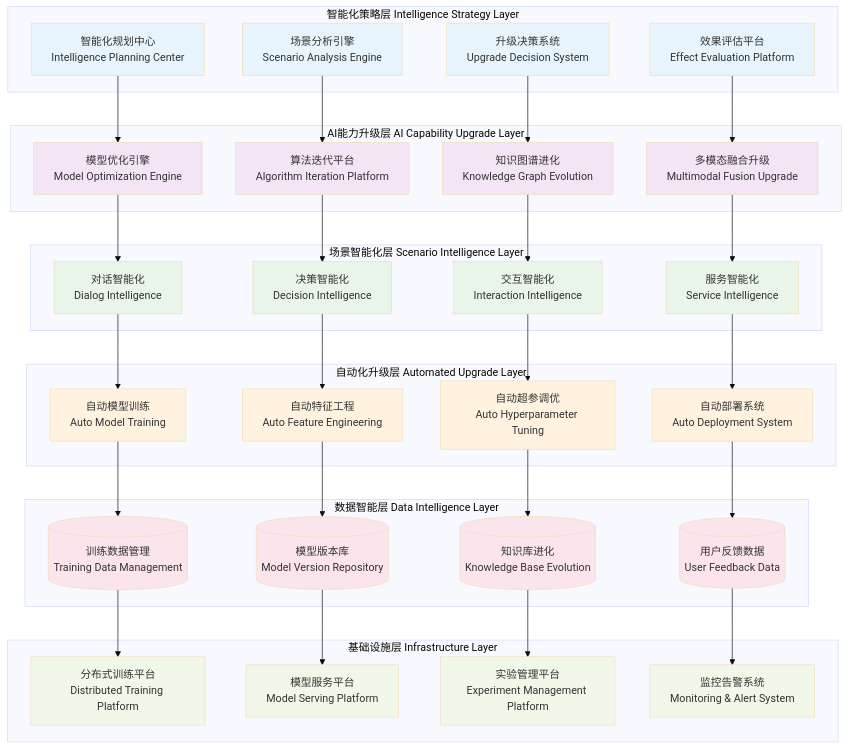
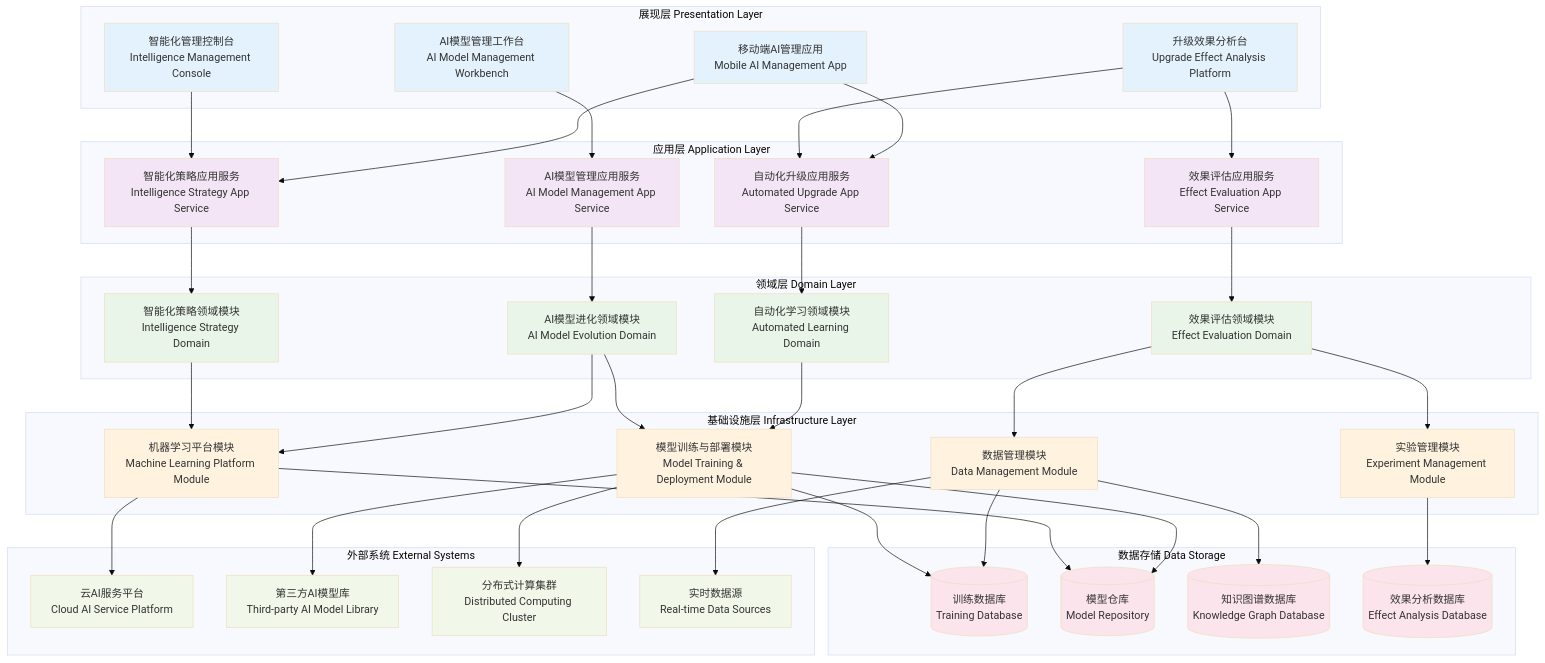
The diagram in 24.2.10_intelligent_upgrade_architecture.md (xsl625/-), drawn with Mermaid (base theme) before and after one commit. The commit also changed other lines of this file and 6 other files, not shown here.

Commit message:
Refactor architecture diagrams with modular layered design approach

````diff
--- a/24.2.10_intelligent_upgrade_architecture.md
+++ b/24.2.10_intelligent_upgrade_architecture.md
@@ -8,94 +8,106 @@
 ```mermaid
 graph TB
-    subgraph "智能化策略层 Intelligence Strategy Layer"
-        A[智能化规划中心<br/>Intelligence Planning Center]
-        B[场景分析引擎<br/>Scenario Analysis Engine]
-        C[升级决策系统<br/>Upgrade Decision System]
-        D[效果评估平台<br/>Effect Evaluation Platform]
+    subgraph "展现层 Presentation Layer"
+        A[智能化管理控制台<br/>Intelligence Management Console]
+        B[AI模型管理工作台<br/>AI Model Management Workbench]
+        C[升级效果分析台<br/>Upgrade Effect Analysis Platform]
+        D[移动端AI管理应用<br/>Mobile AI Management App]
     end
     
-    subgraph "AI能力升级层 AI Capability Upgrade Layer"
-        E[模型优化引擎<br/>Model Optimization Engine]
-        F[算法迭代平台<br/>Algorithm Iteration Platform]
-        G[知识图谱进化<br/>Knowledge Graph Evolution]
-        H[多模态融合升级<br/>Multimodal Fusion Upgrade]
+    subgraph "应用层 Application Layer"
+        E[智能化策略应用服务<br/>Intelligence Strategy App Service]
+        F[AI模型管理应用服务<br/>AI Model Management App Service]
+        G[自动化升级应用服务<br/>Automated Upgrade App Service]
+        H[效果评估应用服务<br/>Effect Evaluation App Service]
     end
     
-    subgraph "场景智能化层 Scenario Intelligence Layer"
-        I[对话智能化<br/>Dialog Intelligence]
-        J[决策智能化<br/>Decision Intelligence]
-        K[交互智能化<br/>Interaction Intelligence]
-        L[服务智能化<br/>Service Intelligence]
-    end
-    
-    subgraph "自动化升级层 Automated Upgrade Layer"
-        M[自动模型训练<br/>Auto Model Training]
-        N[自动特征工程<br/>Auto Feature Engineering]
-        O[自动超参调优<br/>Auto Hyperparameter Tuning]
-        P[自动部署系统<br/>Auto Deployment System]
-    end
-    
-    subgraph "数据智能层 Data Intelligence Layer"
-        Q[(训练数据管理<br/>Training Data Management)]
-        R[(模型版本库<br/>Model Version Repository)]
-        S[(知识库进化<br/>Knowledge Base Evolution)]
-        T[(用户反馈数据<br/>User Feedback Data)]
+    subgraph "领域层 Domain Layer"
+        I[智能化策略领域模块<br/>Intelligence Strategy Domain]
+        J[AI模型进化领域模块<br/>AI Model Evolution Domain]
+        K[自动化学习领域模块<br/>Automated Learning Domain]
+        L[效果评估领域模块<br/>Effect Evaluation Domain]
     end
     
     subgraph "基础设施层 Infrastructure Layer"
-        U[分布式训练平台<br/>Distributed Training Platform]
-        V[模型服务平台<br/>Model Serving Platform]
-        W[实验管理平台<br/>Experiment Management Platform]
-        X[监控告警系统<br/>Monitoring & Alert System]
+        M[机器学习平台模块<br/>Machine Learning Platform Module]
+        N[模型训练与部署模块<br/>Model Training & Deployment Module]
+        O[数据管理模块<br/>Data Management Module]
+        P[实验管理模块<br/>Experiment Management Module]
     end
     
+    subgraph "数据存储 Data Storage"
+        Q[(训练数据库<br/>Training Database)]
+        R[(模型仓库<br/>Model Repository)]
+        S[(知识图谱数据库<br/>Knowledge Graph Database)]
+        T[(效果分析数据库<br/>Effect Analysis Database)]
+    end
+    
+    subgraph "外部系统 External Systems"
+        U[云AI服务平台<br/>Cloud AI Service Platform]
+        V[第三方AI模型库<br/>Third-party AI Model Library]
+        W[分布式计算集群<br/>Distributed Computing Cluster]
+        X[实时数据源<br/>Real-time Data Sources]
+    end
+    
+    %% 展现层到应用层
     A --> E
     B --> F
     C --> G
-    D --> H
+    C --> H
+    D --> E
+    D --> G
     
+    %% 应用层到领域层
     E --> I
     F --> J
     G --> K
     H --> L
     
+    %% 领域层到基础设施层
     I --> M
+    J --> M
     J --> N
-    K --> O
+    K --> N
+    L --> O
     L --> P
     
-    M --> Q
+    %% 基础设施层到数据存储
+    M --> R
+    N --> Q
     N --> R
+    O --> Q
     O --> S
     P --> T
     
-    Q --> U
-    R --> V
-    S --> W
-    T --> X
+    %% 基础设施层到外部系统
+    M --> U
+    N --> V
+    N --> W
+    O --> X
     
-    style A fill:#e8f4fd
-    style B fill:#e8f4fd
-    style C fill:#e8f4fd
-    style D fill:#e8f4fd
-    style E fill:#f3e5f5
-    style F fill:#f3e5f5
-    style G fill:#f3e5f5
-    style H fill:#f3e5f5
-    style I fill:#e8f5e8
-    style J fill:#e8f5e8
-    style K fill:#e8f5e8
-    style L fill:#e8f5e8
-    style M fill:#fff3e0
-    style N fill:#fff3e0
-    style O fill:#fff3e0
-    style P fill:#fff3e0
-    style Q fill:#fce4ec
-    style R fill:#fce4ec
-    style S fill:#fce4ec
-    style T fill:#fce4ec
-    style U fill:#f1f8e9
-    style V fill:#f1f8e9
-    style W fill:#f1f8e9
-    style X fill:#f1f8e9
+    %% 样式定义
+    style A fill:#E3F2FD
+    style B fill:#E3F2FD
+    style C fill:#E3F2FD
+    style D fill:#E3F2FD
+    style E fill:#F3E5F5
+    style F fill:#F3E5F5
+    style G fill:#F3E5F5
+    style H fill:#F3E5F5
+    style I fill:#E8F5E8
+    style J fill:#E8F5E8
+    style K fill:#E8F5E8
+    style L fill:#E8F5E8
+    style M fill:#FFF3E0
+    style N fill:#FFF3E0
+    style O fill:#FFF3E0
+    style P fill:#FFF3E0
+    style Q fill:#FCE4EC
+    style R fill:#FCE4EC
+    style S fill:#FCE4EC
+    style T fill:#FCE4EC
+    style U fill:#F1F8E9
+    style V fill:#F1F8E9
+    style W fill:#F1F8E9
+    style X fill:#F1F8E9
 ```
````
